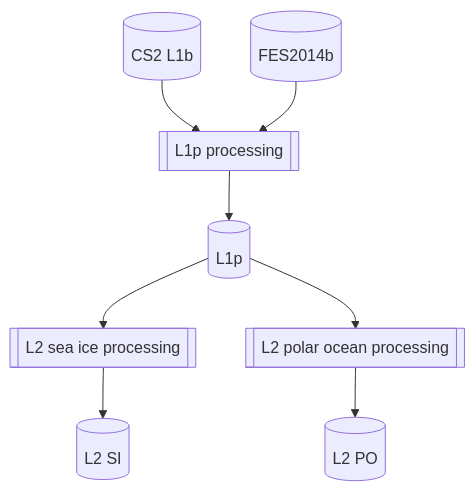
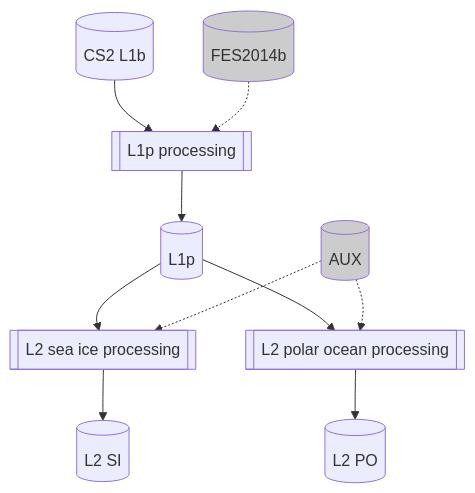
Before and after one commit to pysiral/pysiral: the diagram in docs/workflow.rst, drawn with Mermaid. The commit also changed other lines of this file, not shown here.

Commit message:
Improved appearance of Cryo-TEMPO processing workflow diagram.

```diff
--- a/docs/workflow.rst
+++ b/docs/workflow.rst
@@ -12,10 +12,13 @@
 .. mermaid::
 
    graph TD
-       id1[(CS2 L1b)] --> id2[[L1p processing]]
-	   id1a[(FES2014b)] --> id2
-	   id2 --> id3[(L1p)]
-	   id3 --> id4[[L2 sea ice processing]]
-	   id3 --> id5[[L2 polar ocean processing]]
-	   id4 --> id6[(L2 SI)]
-	   id5 --> id7[(L2 PO)]
+        classDef auxdata fill:#ccc
+        id1[(CS2 L1b)] --> id2[[L1p processing]]
+        id1a[(FES2014b)]:::auxdata -.-> id2
+        id2 --> id3[(L1p)]
+        id3 --> id4[[L2 sea ice processing]]
+        id3 --> id5[[L2 polar ocean processing]]
+        id8[(AUX)]:::auxdata -.-> id4
+        id8 -.-> id5
+        id4 --> id6[(L2 SI)]
+        id5 --> id7[(L2 PO)]
```
